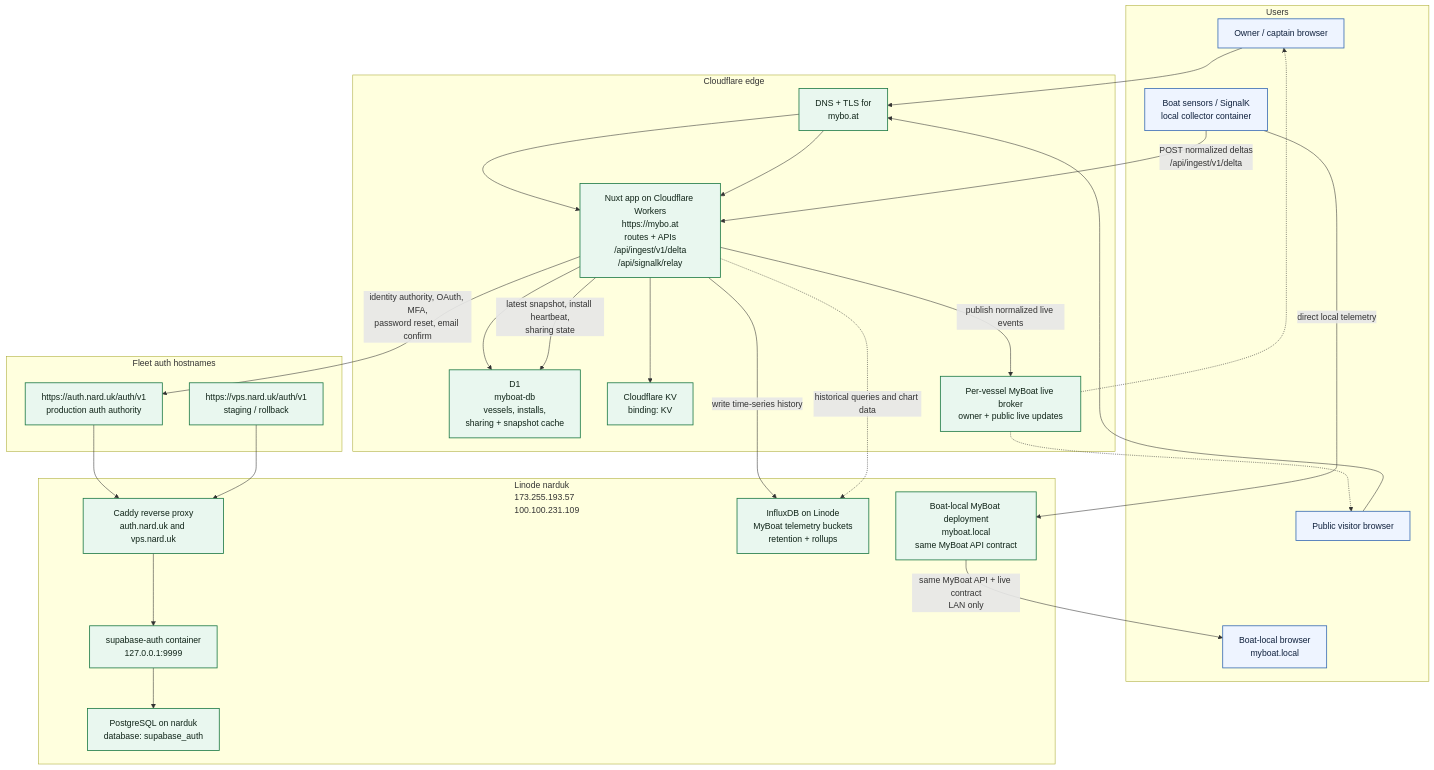
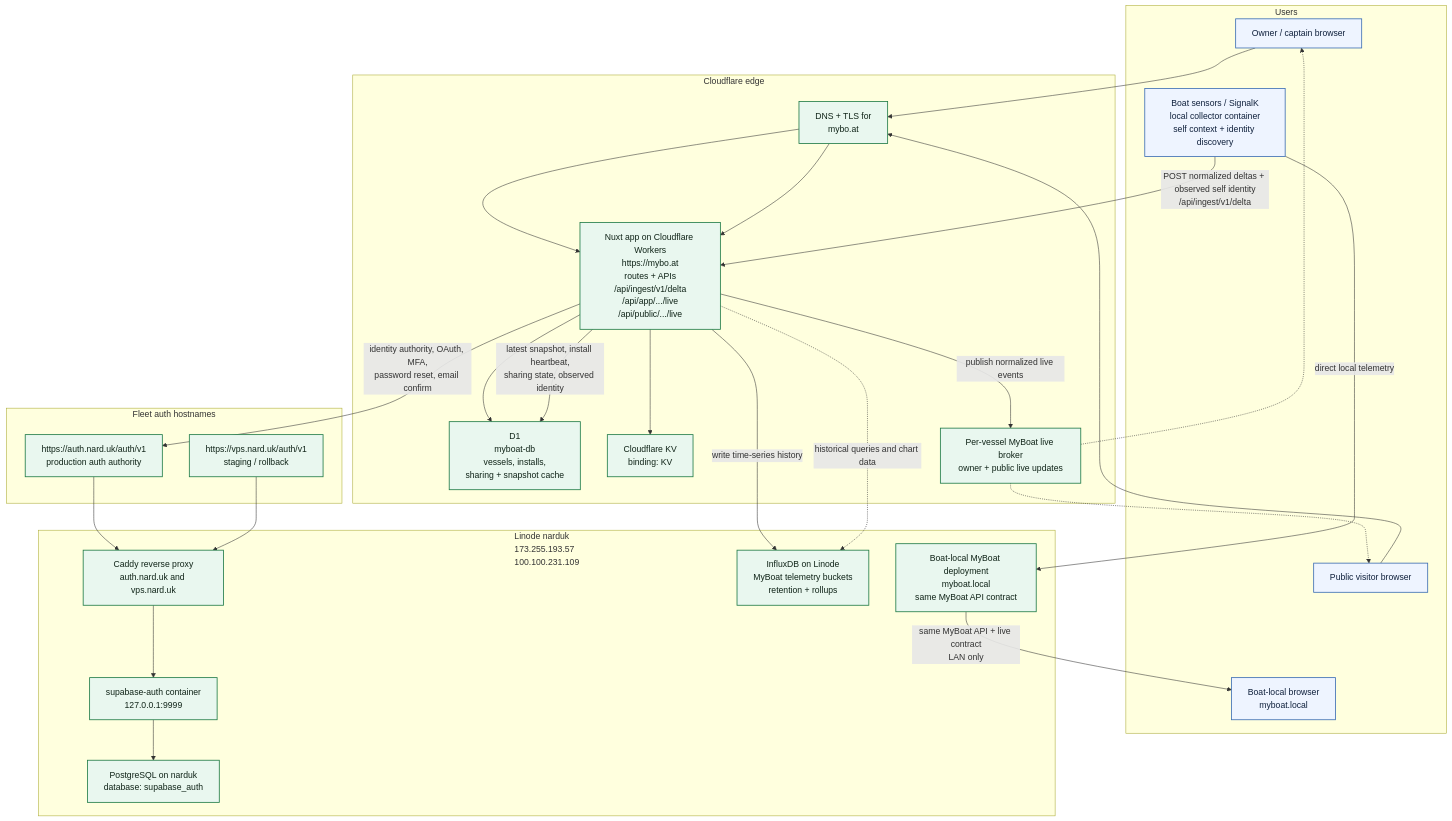
The diagram in docs/architecture.md (narduk-enterprises/myboat), drawn with Mermaid before and after one commit. The commit also changed other lines of this file and 16 other files, not shown here.

Commit message:
Improve local telemetry ingest and docs

````diff
--- a/docs/architecture.md
+++ b/docs/architecture.md
@@ -11,56 +11,56 @@
 ```mermaid
 flowchart TB
   classDef live fill:#e9f7ef,stroke:#1e7a46,color:#102418,stroke-width:1.5px;
   classDef planned fill:#fff7e6,stroke:#a86900,color:#2b1b00,stroke-width:1.5px;
   classDef external fill:#eef4ff,stroke:#3b6db3,color:#10213d,stroke-width:1.5px;
 
   subgraph Users["Users"]
     Owner["Owner / captain browser"]
     Public["Public visitor browser"]
-    Boat["Boat sensors / SignalK<br/>local collector container"]
+    Boat["Boat sensors / SignalK<br/>local collector container<br/>self context + identity discovery"]
     Local["Boat-local browser<br/>myboat.local"]
   end
 
   subgraph Cloudflare["Cloudflare edge"]
     DNS["DNS + TLS for <br/>mybo.at"]
-    Web["Nuxt app on Cloudflare Workers<br/>https://mybo.at<br/>routes + APIs<br/>/api/ingest/v1/delta<br/>/api/signalk/relay"]
+    Web["Nuxt app on Cloudflare Workers<br/>https://mybo.at<br/>routes + APIs<br/>/api/ingest/v1/delta<br/>/api/app/.../live<br/>/api/public/.../live"]
     D1["D1<br/>myboat-db<br/>vessels, installs,<br/>sharing + snapshot cache"]
     KV["Cloudflare KV<br/>binding: KV"]
     Live["Per-vessel MyBoat live broker<br/>owner + public live updates"]
   end
 
   subgraph Linode["Linode narduk<br/>173.255.193.57<br/>100.100.231.109"]
     Caddy["Caddy reverse proxy<br/>auth.nard.uk and vps.nard.uk"]
     Auth["supabase-auth container<br/>127.0.0.1:9999"]
     AuthPg["PostgreSQL on narduk<br/>database: supabase_auth"]
     Influx["InfluxDB on Linode<br/>MyBoat telemetry buckets<br/>retention + rollups"]
     LocalApp["Boat-local MyBoat deployment<br/>myboat.local<br/>same MyBoat API contract"]
   end
 
   subgraph AuthHosts["Fleet auth hostnames"]
     AuthProd["https://auth.nard.uk/auth/v1<br/>production auth authority"]
     AuthStage["https://vps.nard.uk/auth/v1<br/>staging / rollback"]
   end
 
   Owner --> DNS --> Web
   Public --> DNS --> Web
   Web --> D1
   Web --> KV
 
   Web -->|"identity authority, OAuth, MFA,<br/>password reset, email confirm"| AuthProd
   AuthProd --> Caddy --> Auth --> AuthPg
   AuthStage --> Caddy
 
-  Boat -->|"POST normalized deltas<br/>/api/ingest/v1/delta"| Web
+  Boat -->|"POST normalized deltas + observed self identity<br/>/api/ingest/v1/delta"| Web
   Boat -->|"direct local telemetry"| LocalApp
-  Web -->|"latest snapshot, install heartbeat,<br/>sharing state"| D1
+  Web -->|"latest snapshot, install heartbeat,<br/>sharing state, observed identity"| D1
   Web -->|"write time-series history"| Influx
   Web -->|"publish normalized live events"| Live
   LocalApp -->|"same MyBoat API + live contract<br/>LAN only"| Local
   Web -.->|"historical queries and chart data"| Influx
   Live -.-> Owner
   Live -.-> Public
 
   class DNS,Web,D1,KV,Caddy,Auth,AuthPg,AuthProd,AuthStage,Live,Influx,LocalApp live;
   class Owner,Public,Boat,Local external;
 ```
````
